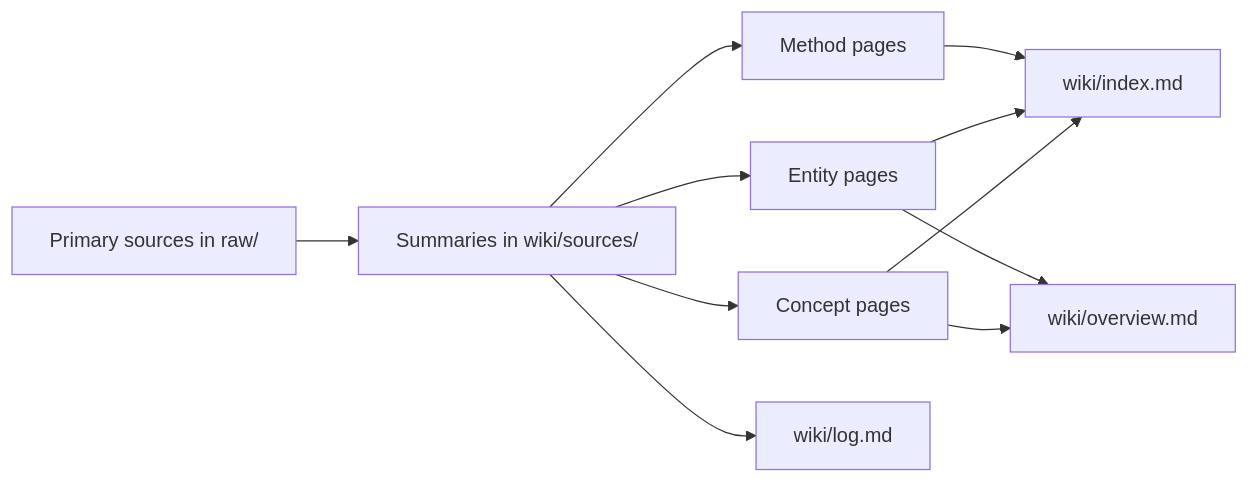
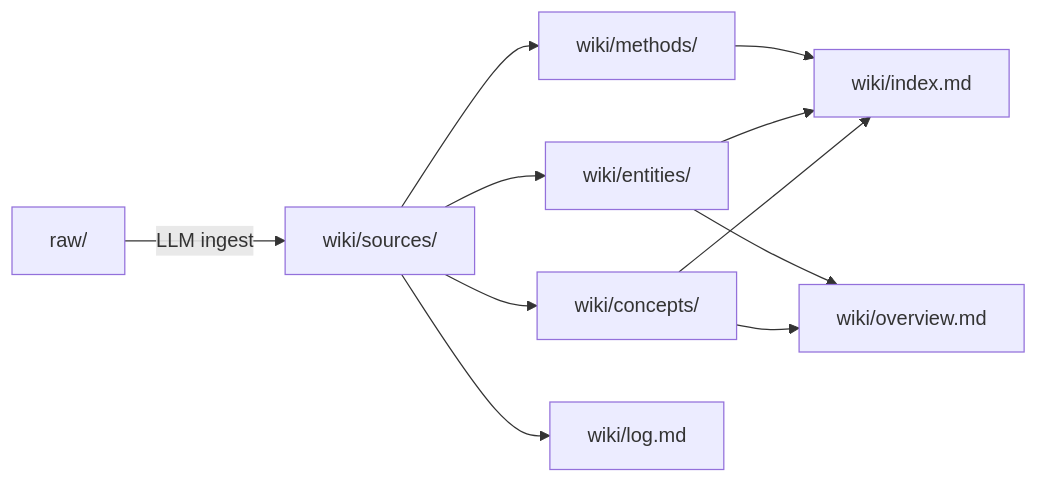
The diagram in README.md (nanzhipro/karpathy-wiki), drawn with Mermaid before and after one commit. The commit also changed other lines of this file, not shown here.

````diff
--- a/README.md
+++ b/README.md
@@ -31,13 +197,13 @@
 ```mermaid
 flowchart LR
-    A[Primary sources in raw/] --> B[Summaries in wiki/sources/]
-    B --> C[Concept pages]
-    B --> D[Entity pages]
-    B --> E[Method pages]
+    A[raw/] -->|LLM ingest| B[wiki/sources/]
+    B --> C[wiki/concepts/]
+    B --> D[wiki/entities/]
+    B --> E[wiki/methods/]
     C --> F[wiki/index.md]
     D --> F
     E --> F
     B --> G[wiki/log.md]
     C --> H[wiki/overview.md]
     D --> H
 ```
````
